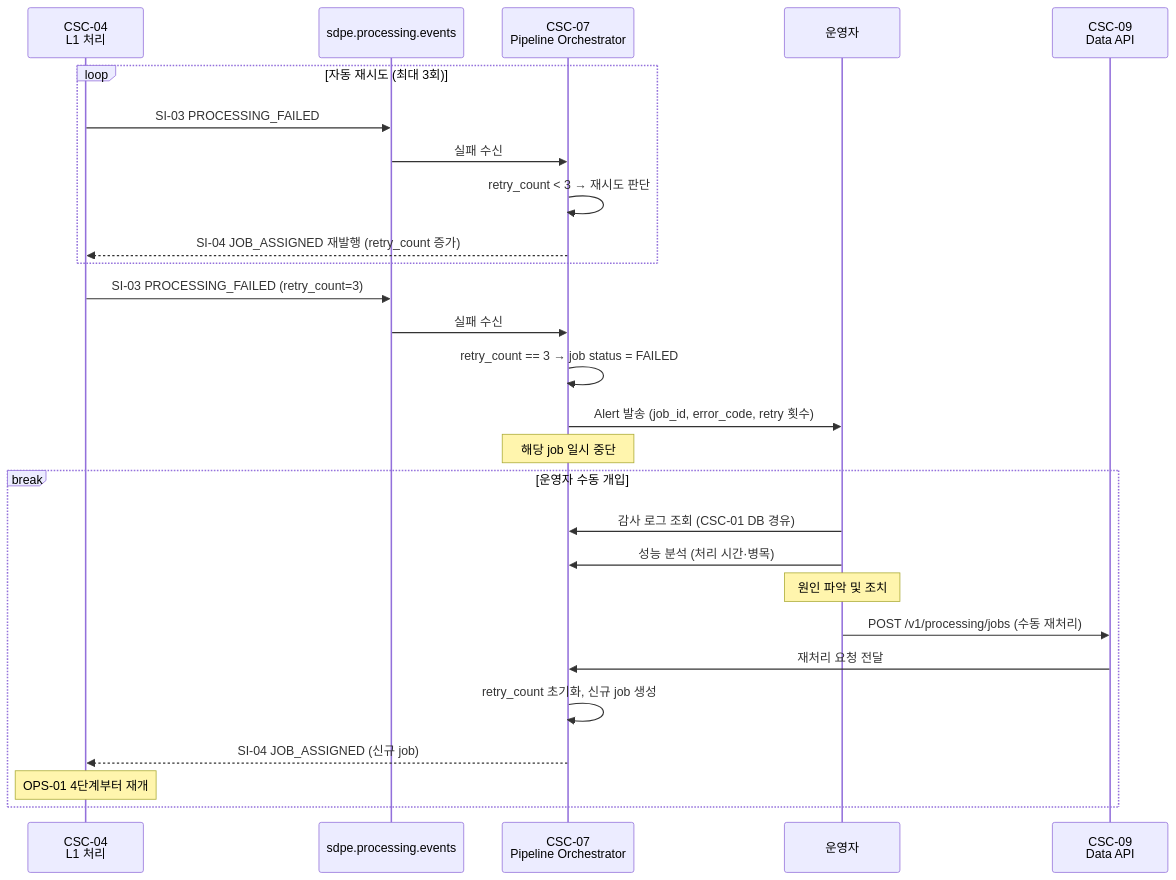
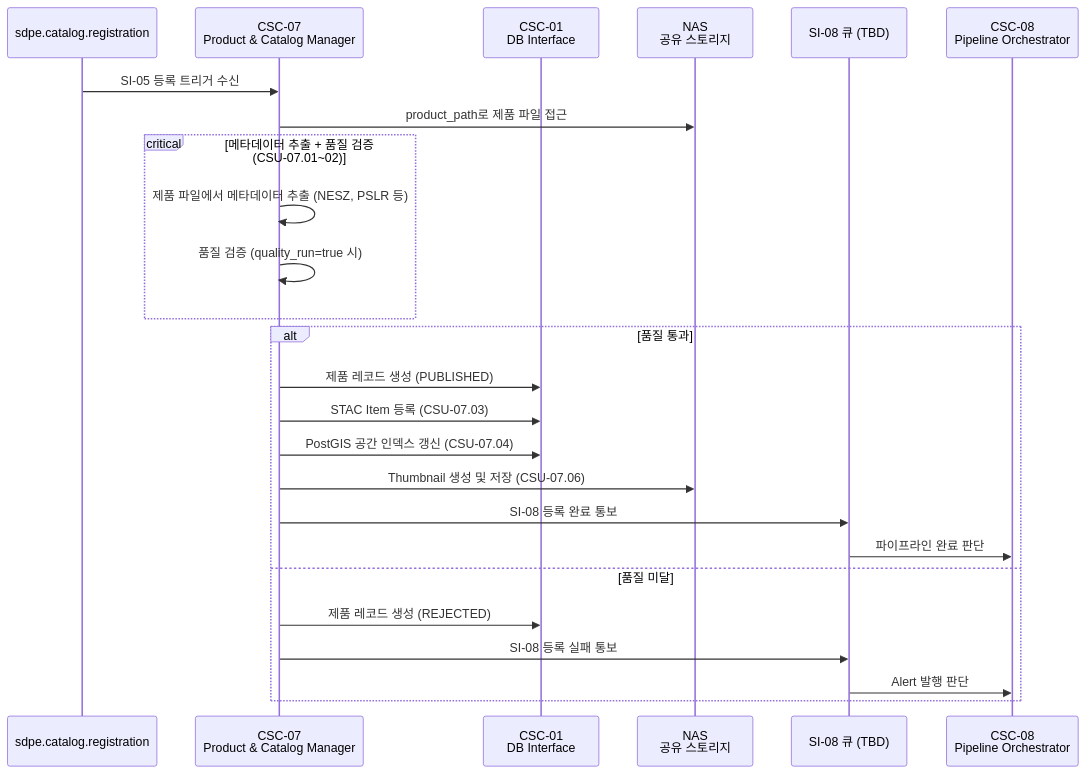
The first of 2 diagrams in interfaces/csc-7/README.md (GTD-web/sar-data-process-element), drawn with Mermaid before and after one commit. The commit also changed other lines of this file and 139 other files, not shown here.

First line of the commit message:
feat: CSC-08 파이프라인 오케스트레이터 기능 추가

````diff
--- a/interfaces/csc-7/README.md
+++ b/interfaces/csc-7/README.md
@@ -122,32 +63,30 @@
 ```mermaid
 sequenceDiagram
-    participant CSC04 as CSC-04<br/>L1 처리
-    participant Q_PE as sdpe.processing.events
-    participant CSC07 as CSC-07<br/>Pipeline Orchestrator
-    participant OP as 운영자
-    participant CSC09 as CSC-09<br/>Data API
+    participant Q_CR as sdpe.catalog.registration
+    participant CSC07 as CSC-07<br/>Product & Catalog Manager
+    participant DB as CSC-01<br/>DB Interface
+    participant NAS as NAS<br/>공유 스토리지
+    participant Q_SI08 as SI-08 큐 (TBD)
+    participant CSC08 as CSC-08<br/>Pipeline Orchestrator
 
-    loop 자동 재시도 (최대 3회)
-        CSC04->>Q_PE: SI-03 PROCESSING_FAILED
-        Q_PE->>CSC07: 실패 수신
-        CSC07->>CSC07: retry_count < 3 → 재시도 판단
-        CSC07-->>CSC04: SI-04 JOB_ASSIGNED 재발행 (retry_count 증가)
+    Q_CR->>CSC07: SI-05 등록 트리거 수신
+    CSC07->>NAS: product_path로 제품 파일 접근
+
+    critical 메타데이터 추출 + 품질 검증 (CSU-07.01~02)
+        CSC07->>CSC07: 제품 파일에서 메타데이터 추출 (NESZ, PSLR 등)
+        CSC07->>CSC07: 품질 검증 (quality_run=true 시)
     end
 
-    CSC04->>Q_PE: SI-03 PROCESSING_FAILED (retry_count=3)
-    Q_PE->>CSC07: 실패 수신
-    CSC07->>CSC07: retry_count == 3 → job status = FAILED
-    CSC07->>OP: Alert 발송 (job_id, error_code, retry 횟수)
-    Note over CSC07: 해당 job 일시 중단
-
-    break 운영자 수동 개입
-        OP->>CSC07: 감사 로그 조회 (CSC-01 DB 경유)
-        OP->>CSC07: 성능 분석 (처리 시간·병목)
-        Note over OP: 원인 파악 및 조치
-        OP->>CSC09: POST /v1/processing/jobs (수동 재처리)
-        CSC09->>CSC07: 재처리 요청 전달
-        CSC07->>CSC07: retry_count 초기화, 신규 job 생성
-        CSC07-->>CSC04: SI-04 JOB_ASSIGNED (신규 job)
-        Note over CSC04: OPS-01 4단계부터 재개
+    alt 품질 통과
+        CSC07->>DB: 제품 레코드 생성 (PUBLISHED)
+        CSC07->>DB: STAC Item 등록 (CSU-07.03)
+        CSC07->>DB: PostGIS 공간 인덱스 갱신 (CSU-07.04)
+        CSC07->>NAS: Thumbnail 생성 및 저장 (CSU-07.06)
+        CSC07->>Q_SI08: SI-08 등록 완료 통보
+        Q_SI08->>CSC08: 파이프라인 완료 판단
+    else 품질 미달
+        CSC07->>DB: 제품 레코드 생성 (REJECTED)
+        CSC07->>Q_SI08: SI-08 등록 실패 통보
+        Q_SI08->>CSC08: Alert 발행 판단
     end
 ```
````
